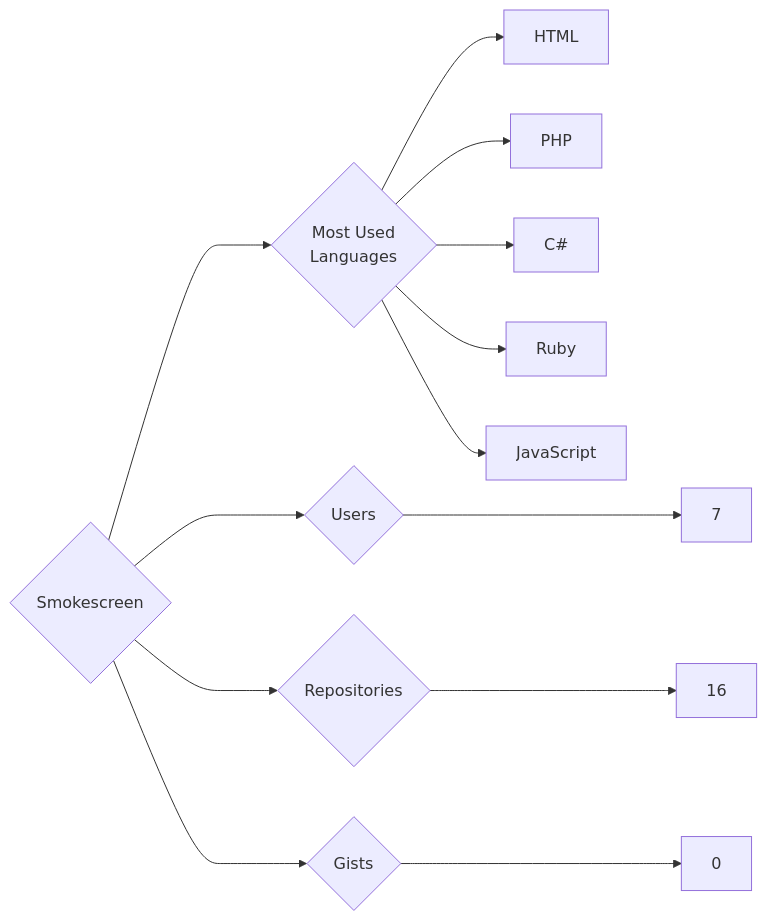
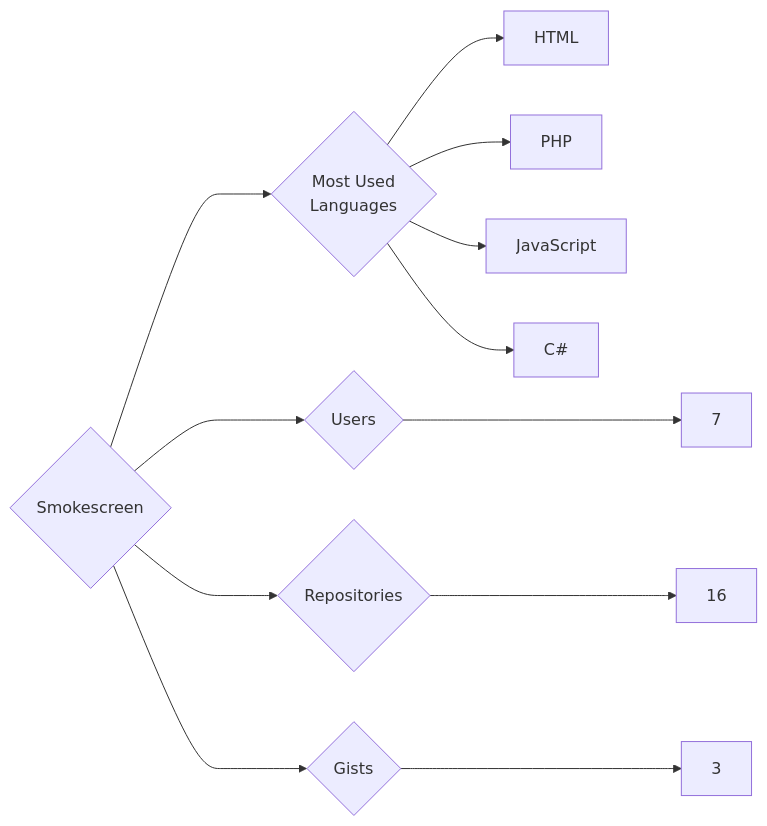
Before and after one commit to trickest/insiders: the diagram in targets/Smokescreen/README.md, drawn with Mermaid. The commit also changed 997 other files, not shown here.

````diff
--- a/targets/Smokescreen/README.md
+++ b/targets/Smokescreen/README.md
@@ -3,13 +3,12 @@
 ```mermaid
 graph LR
 COMPANY_NAME{Smokescreen}
 COMPANY_NAME ---> U{Users} ---> UN[7]
 COMPANY_NAME ---> R{Repositories} ---> RN[16]
-COMPANY_NAME ---> G{Gists} ---> GN[0]
+COMPANY_NAME ---> G{Gists} ---> GN[3]
 COMPANY_NAME ---> ML{Most Used<br>Languages}
-ML --> HTML
-ML --> PHP
-ML --> C#
-ML --> Ruby
-ML --> JavaScript
+ML --> HTML[HTML]
+ML --> PHP[PHP]
+ML --> JavaScript[JavaScript]
+ML --> C#[C#]
 ```
````
